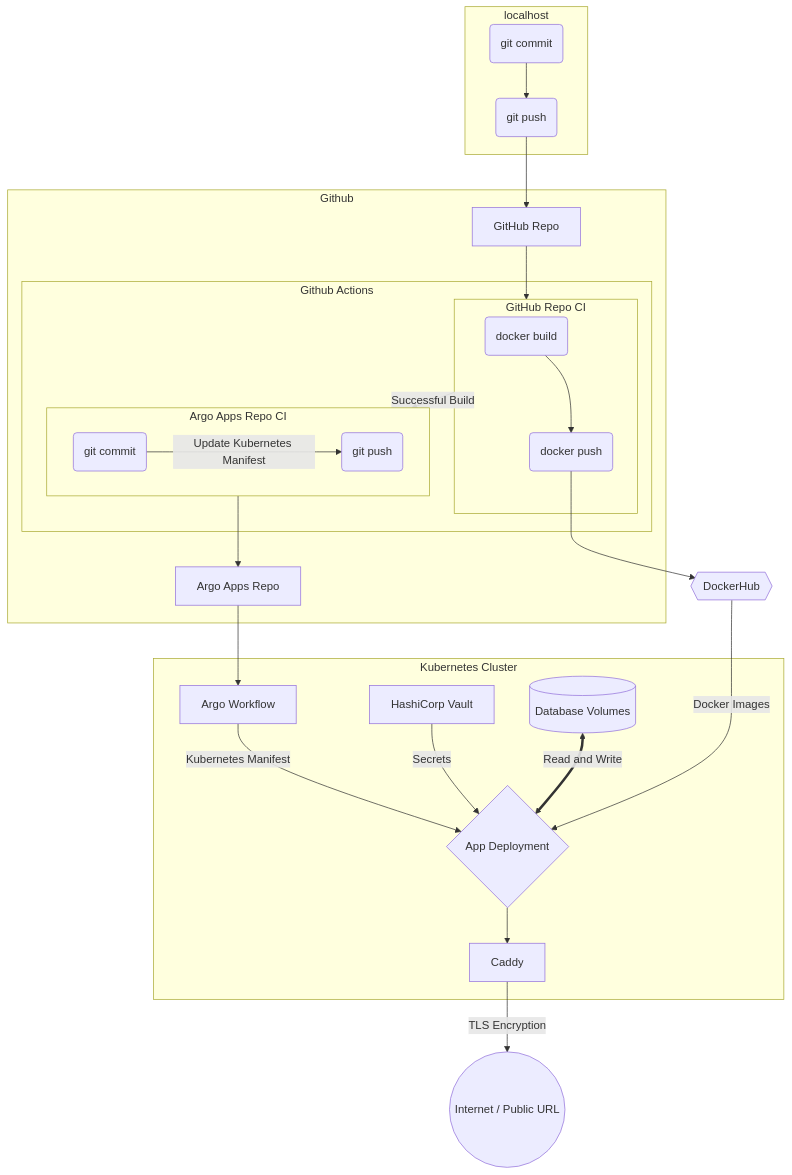
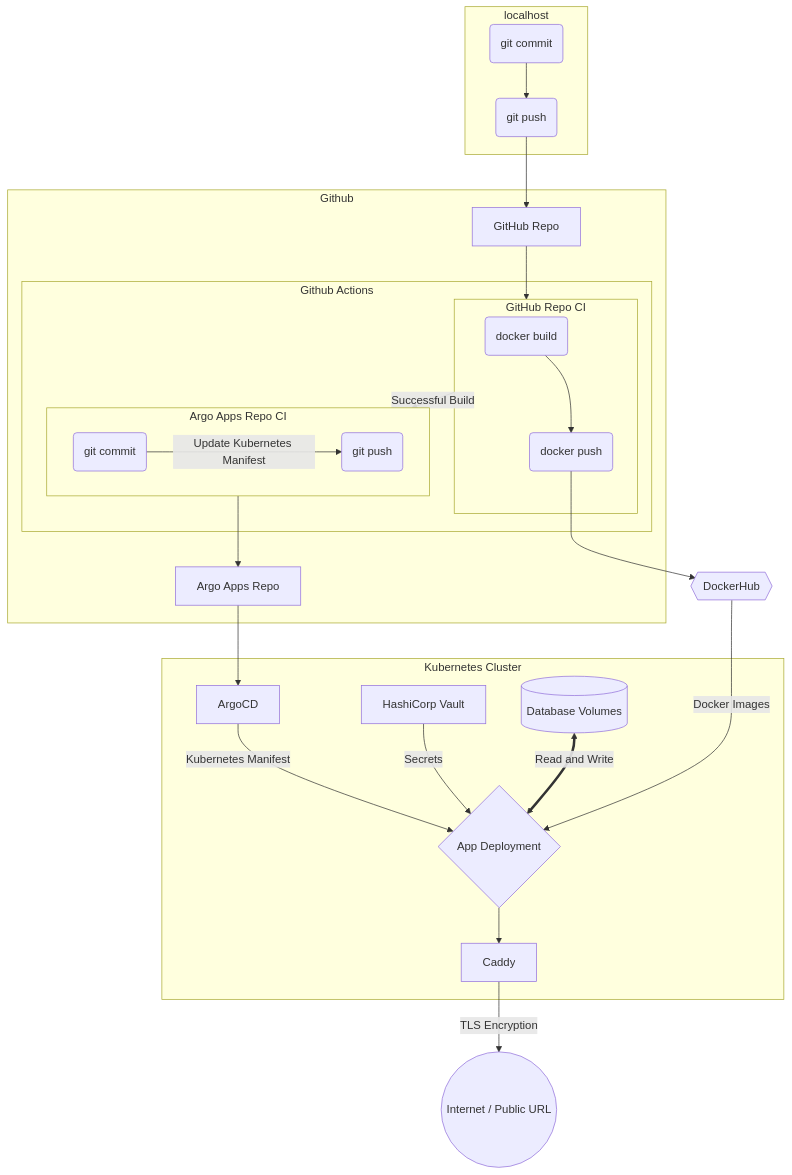
The diagram in README.md (ShubhamTatvamasi/argocd), drawn with Mermaid before and after one commit.

````diff
--- a/README.md
+++ b/README.md
@@ -22,30 +22,30 @@
 ```mermaid
 flowchart TD
    subgraph localhost
    LocalA(git commit) --> LocalB(git push)
    end
    subgraph Github
    LocalB --> GitHubRepo[GitHub Repo]
    GitHubRepo --> GitHubRepoCI
    subgraph Github Actions
    subgraph GitHubRepoCI[GitHub Repo CI]
    GitHubRepoCIA(docker build) --> GitHubRepoCIB(docker push)
    end
    subgraph ArgoCD[Argo Apps Repo CI]
    ArgoCDA(git commit) -- Update Kubernetes Manifest --> ArgoCDB(git push)
    end
    GitHubRepoCI -- Successful Build --> ArgoCD
    end
    ArgoCD --> ArgoAppsRepo[Argo Apps Repo]
    end
    subgraph Kubernetes[Kubernetes Cluster]
-   ArgoWorkflow[Argo Workflow] -- Kubernetes Manifest --> Deployment{App Deployment}
+   ArgoWorkflow[ArgoCD] -- Kubernetes Manifest --> Deployment{App Deployment}
    Vault[HashiCorp Vault] -- Secrets --> Deployment
    Volumes[(Database Volumes)] <== Read and Write ==> Deployment
    Deployment --> Caddy
    end
    GitHubRepoCIB --> DockerHub{{DockerHub}}
    ArgoAppsRepo --> ArgoWorkflow
    DockerHub -- Docker Images --> Deployment
    Caddy -- TLS Encryption --> Internet((Internet / Public URL))
 ```
````
